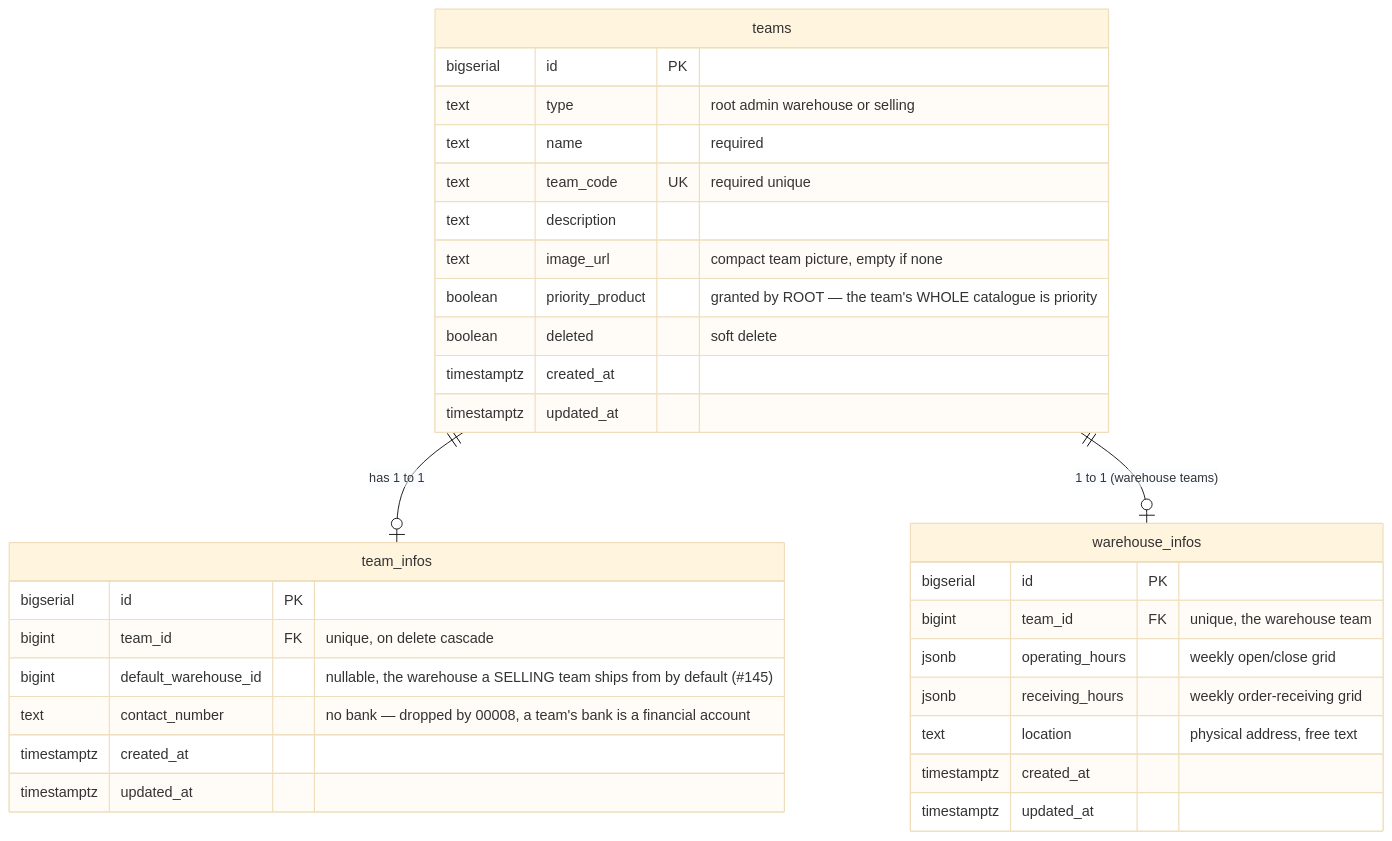
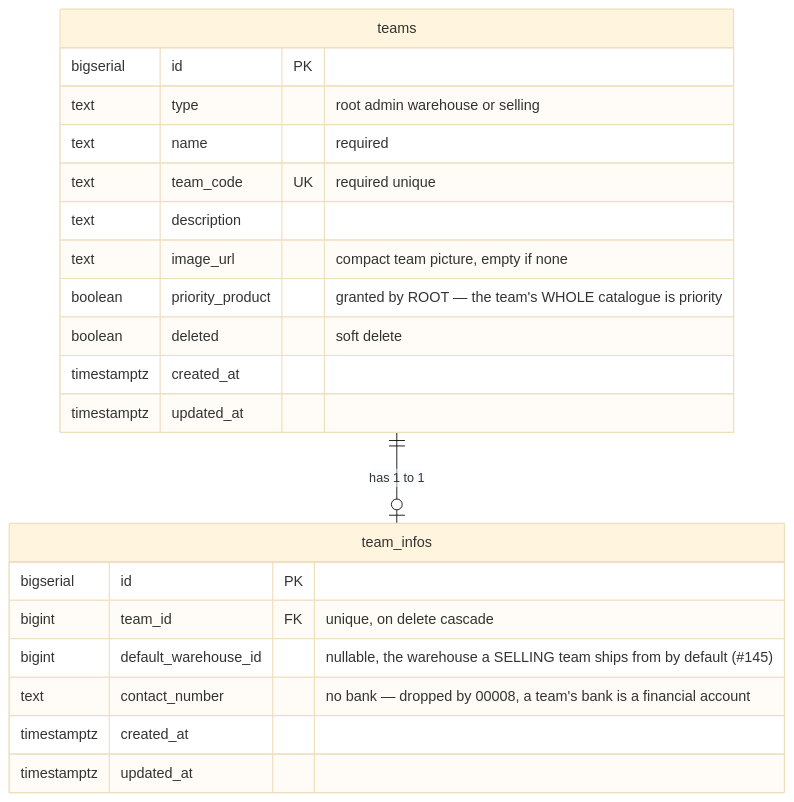
One commit to pdcgo/warehouse_revamp changed the first of 20 diagrams in docs/database-schema.md. Above: the diagram before and after it, drawn with Mermaid (base theme). The commit also changed other lines of this file and 703 other files, not shown here.

````diff
--- a/docs/database-schema.md
+++ b/docs/database-schema.md
@@ -18,37 +18,27 @@
 ```mermaid
 erDiagram
     teams ||--o| team_infos : "has 1 to 1"
-    teams ||--o| warehouse_infos : "1 to 1 (warehouse teams)"
 
     teams {
         bigserial   id          PK
         text        type        "root admin warehouse or selling"
         text        name        "required"
         text        team_code   UK "required unique"
         text        description
         text        image_url   "compact team picture, empty if none"
         boolean     priority_product "granted by ROOT — the team's WHOLE catalogue is priority"
         boolean     deleted     "soft delete"
         timestamptz created_at
         timestamptz updated_at
     }
 
     team_infos {
         bigserial   id                  PK
         bigint      team_id             FK "unique, on delete cascade"
         bigint      default_warehouse_id "nullable, the warehouse a SELLING team ships from by default (#145)"
         text        contact_number "no bank — dropped by 00008, a team's bank is a financial account"
         timestamptz created_at
         timestamptz updated_at
     }
 
-    warehouse_infos {
-        bigserial   id              PK
-        bigint      team_id         FK "unique, the warehouse team"
-        jsonb       operating_hours "weekly open/close grid"
-        jsonb       receiving_hours "weekly order-receiving grid"
-        text        location        "physical address, free text"
-        timestamptz created_at
-        timestamptz updated_at
-    }
 ```
````
